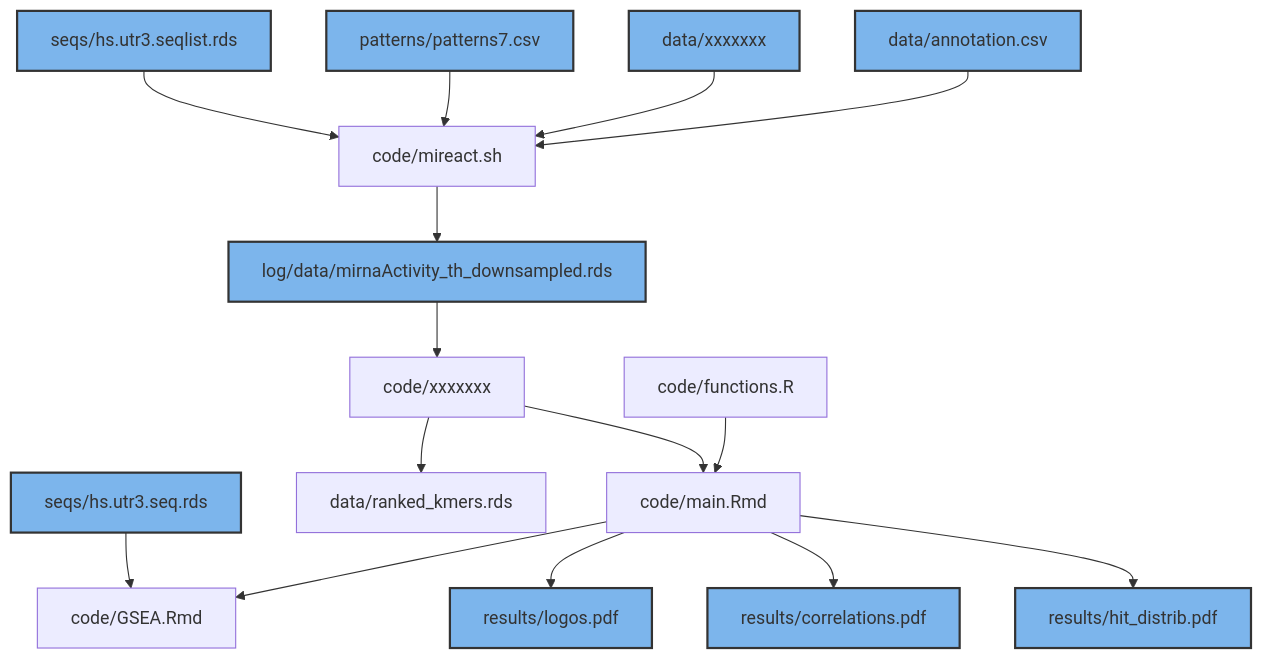
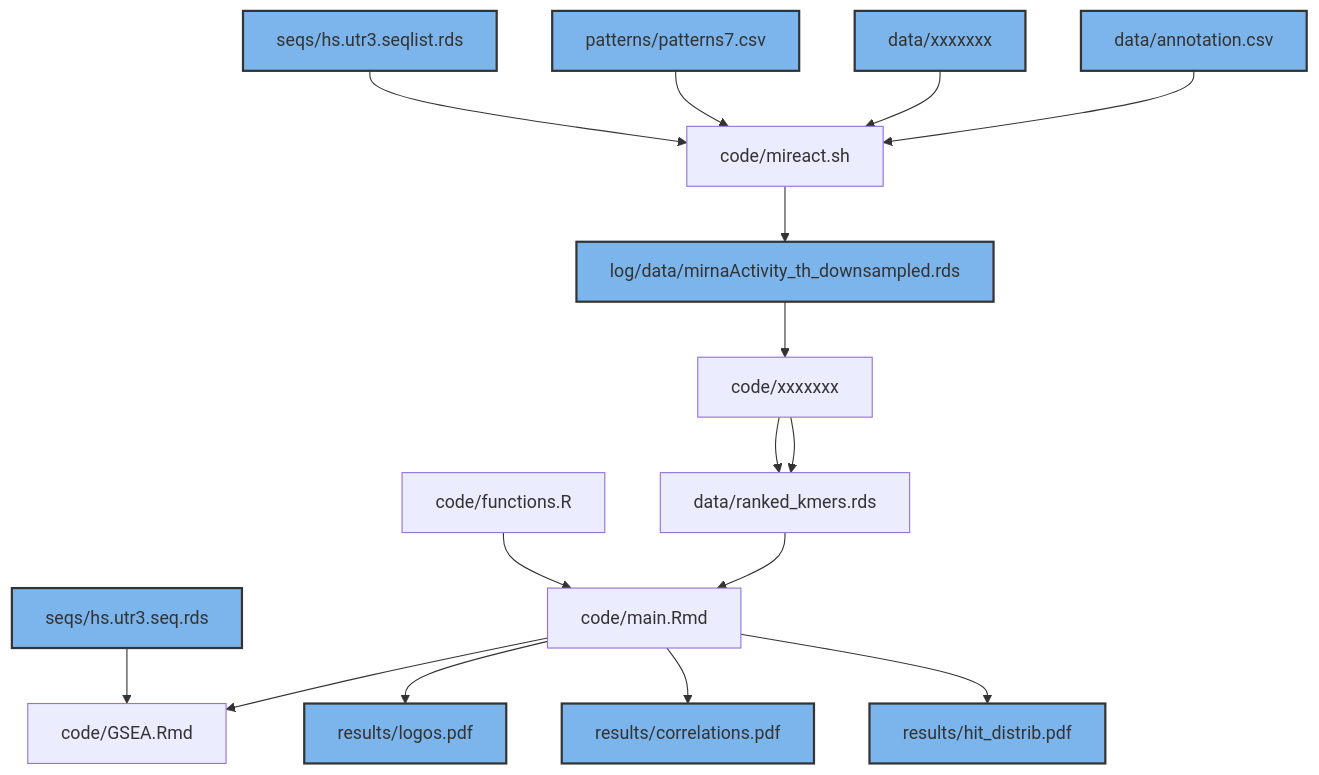
One commit to PaulaRodrigoMartin/SMLB changed the diagram in README.md. Above: the diagram before and after it, drawn with Mermaid.

````diff
--- a/README.md
+++ b/README.md
@@ -1,45 +1,46 @@
 ```mermaid
 graph TD;
     seqlist[seqs/hs.utr3.seqlist.rds]
     seqs[seqs/hs.utr3.seq.rds]
     mireact_input[data/xxxxxxx]
     miReact_output[log/data/mirnaActivity_th_downsampled.rds]
     7mers[patterns/patterns7.csv]
     annotation[data/annotation.csv]
     miReact[code/mireact.sh]
     rank[code/xxxxxxx]
     functions[code/functions.R]
     main_notebook[code/main.Rmd]
     GSEA[code/GSEA.Rmd]
     logos[results/logos.pdf]
     corrm[results/correlations.pdf]
     distrib[results/hit_distrib.pdf]
     ranked_seqs[data/ranked_kmers.rds]
     
 
     style seqlist fill:#7cb5ec,stroke:#333,stroke-width:2px;
     style miReact_output fill:#7cb5ec,stroke:#333,stroke-width:2px;
     style 7mers fill:#7cb5ec,stroke:#333,stroke-width:2px;
     style mireact_input fill:#7cb5ec,stroke:#333,stroke-width:2px;
     style seqs fill:#7cb5ec,stroke:#333,stroke-width:2px;
     style annotation fill:#7cb5ec,stroke:#333,stroke-width:2px;
     style logos fill:#7cb5ec,stroke:#333,stroke-width:2px;
     style corrm fill:#7cb5ec,stroke:#333,stroke-width:2px;
     style distrib fill:#7cb5ec,stroke:#333,stroke-width:2px;
 
     seqlist-->miReact
     7mers-->miReact
     mireact_input-->miReact
     annotation-->miReact
     miReact-->miReact_output
     functions-->main_notebook
     main_notebook-->GSEA
     main_notebook-->logos
     main_notebook-->corrm
     main_notebook-->distrib
     seqs-->GSEA
     rank--> ranked_seqs
     miReact_output-->rank
-    rank-->main_notebook
+    rank-->ranked_seqs
+    ranked_seqs-->main_notebook
 
 ```
````
